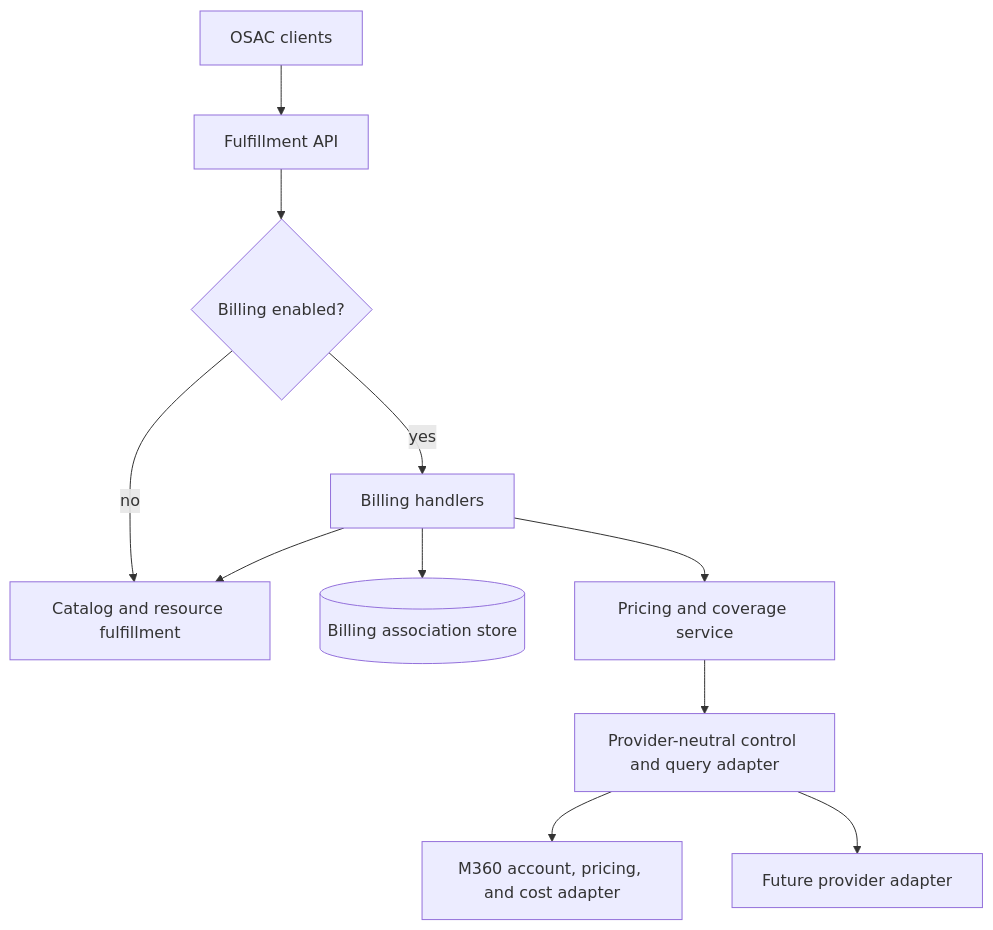
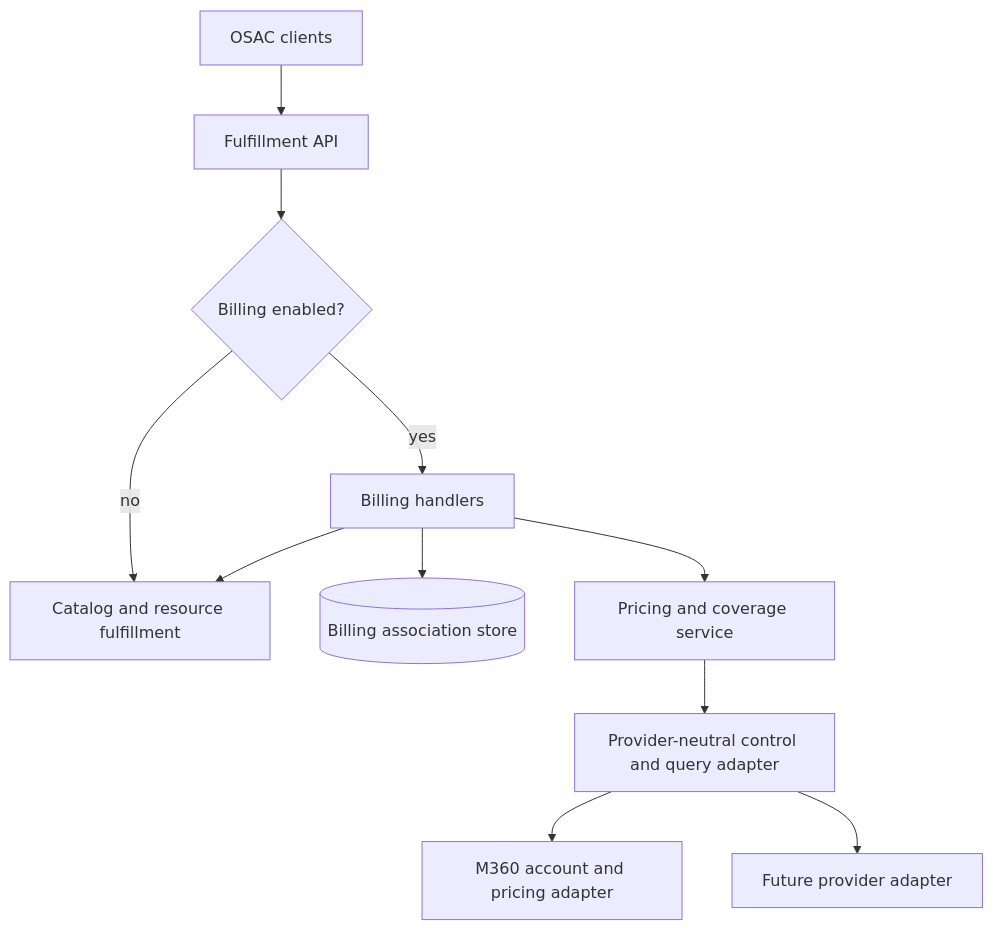
The diagram in enhancements/OSAC-3784-billing-integration-mvp/design.md (amito/enhancement-proposals), drawn with Mermaid before and after one commit. The commit also changed other lines of this file and 1 other file, not shown here.

````diff
--- a/enhancements/OSAC-3784-billing-integration-mvp/design.md
+++ b/enhancements/OSAC-3784-billing-integration-mvp/design.md
@@ -73,13 +73,13 @@
 ```mermaid
 flowchart TD
   CLIENTS[OSAC clients] --> FAPI[Fulfillment API]
   FAPI --> GATE{Billing enabled?}
   GATE -->|no| CORE[Catalog and resource fulfillment]
   GATE -->|yes| BILLING[Billing handlers]
   BILLING --> STORE[(Billing association store)]
   BILLING --> CTRL[Pricing and coverage service]
   BILLING --> CORE
   CTRL --> ADAPTER[Provider-neutral control and query adapter]
-  ADAPTER --> M360[M360 account, pricing, and cost adapter]
+  ADAPTER --> M360[M360 account and pricing adapter]
   ADAPTER --> OTHER[Future provider adapter]
 ```
````
